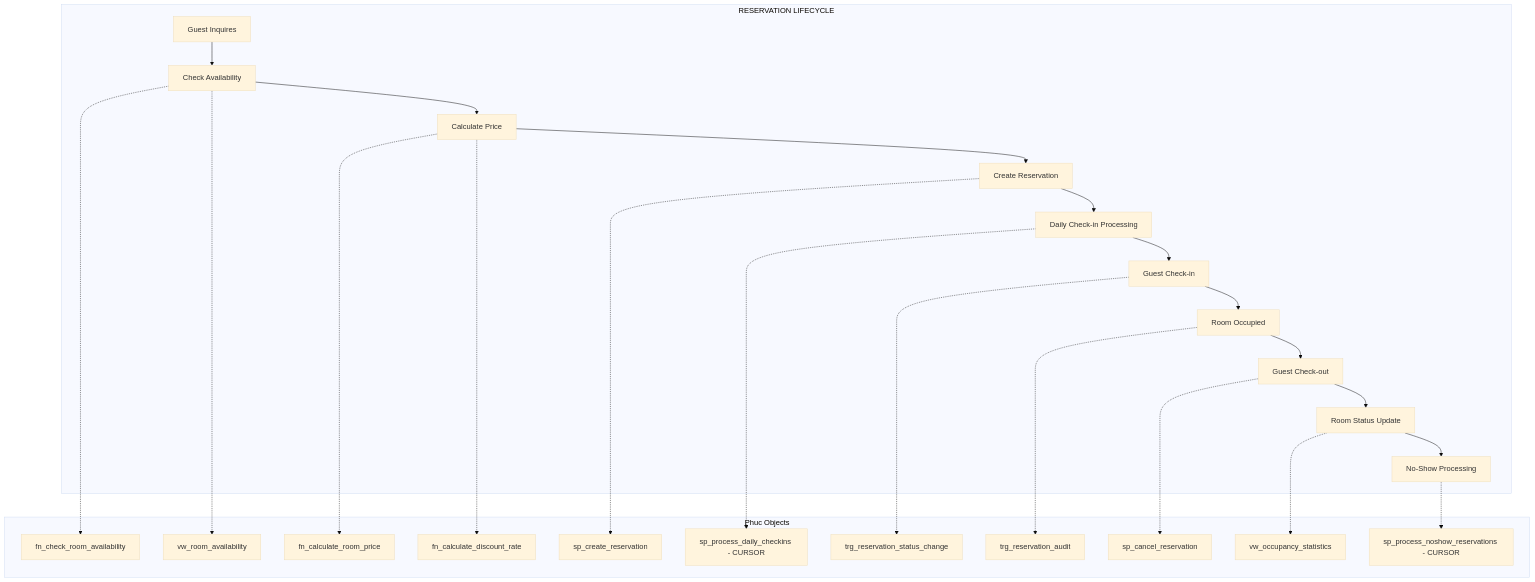
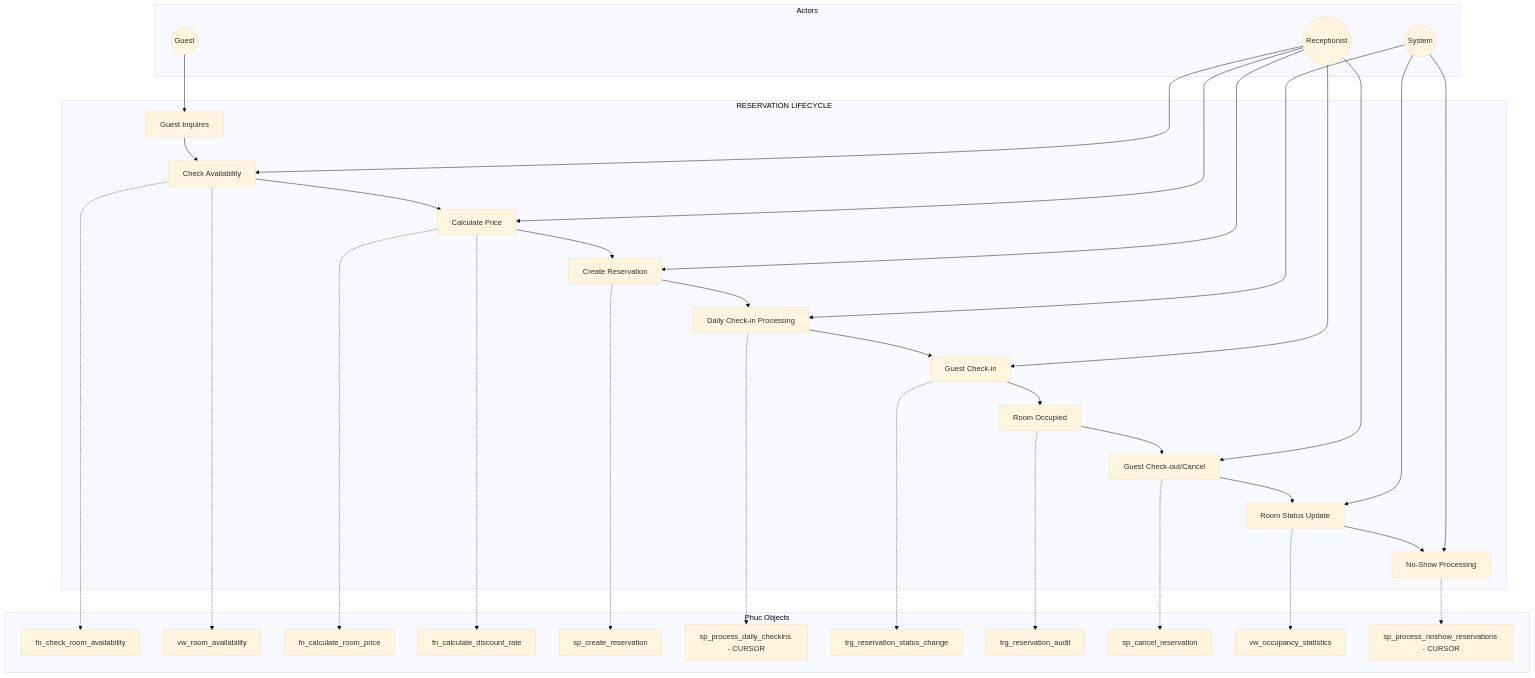
Before and after one commit to LoudlyDawn2108/FantasticHotel: the first of 4 diagrams in MEMBER_BUSINESS_PROCESS_VERIFICATION.md, drawn with Mermaid (base theme). The commit also changed other lines of this file, not shown here.

Commit message:
feat: Introduce actor subgraphs and action mappings to business process flowcharts, and update object summaries with actor roles and refined descriptions.

````diff
--- a/MEMBER_BUSINESS_PROCESS_VERIFICATION.md
+++ b/MEMBER_BUSINESS_PROCESS_VERIFICATION.md
@@ -10,28 +10,44 @@
 ```mermaid
 flowchart TB
+    subgraph "Actors"
+        A1((Guest))
+        A2((Receptionist))
+        A3((System))
+    end
+    
     subgraph "RESERVATION LIFECYCLE"
         A[Guest Inquires] --> B[Check Availability]
         B --> C[Calculate Price]
         C --> D[Create Reservation]
         D --> E[Daily Check-in Processing]
         E --> F[Guest Check-in]
         F --> G[Room Occupied]
-        G --> H[Guest Check-out]
+        G --> H[Guest Check-out/Cancel]
         H --> I[Room Status Update]
         I --> J[No-Show Processing]
     end
     
     subgraph "Phuc Objects"
         B -.-> FN1[fn_check_room_availability]
         B -.-> VW1[vw_room_availability]
         C -.-> FN2[fn_calculate_room_price]
         C -.-> FN3[fn_calculate_discount_rate]
         D -.-> SP1[sp_create_reservation]
         E -.-> CUR1[sp_process_daily_checkins - CURSOR]
         F -.-> TR1[trg_reservation_status_change]
         G -.-> TR2[trg_reservation_audit]
         H -.-> SP2[sp_cancel_reservation]
         I -.-> VW2[vw_occupancy_statistics]
         J -.-> CUR2[sp_process_noshow_reservations - CURSOR]
     end
+    
+    A1 --> A
+    A2 --> B
+    A2 --> C
+    A2 --> D
+    A3 --> E
+    A2 --> F
+    A2 --> H
+    A3 --> I
+    A3 --> J
 ```
````
